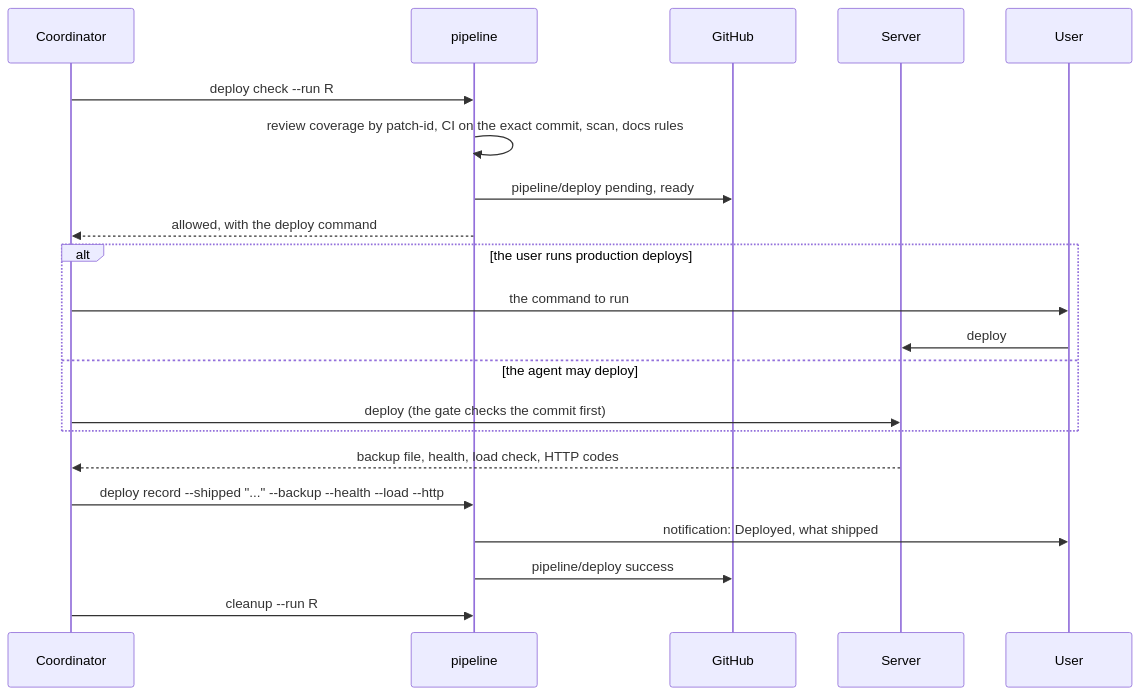
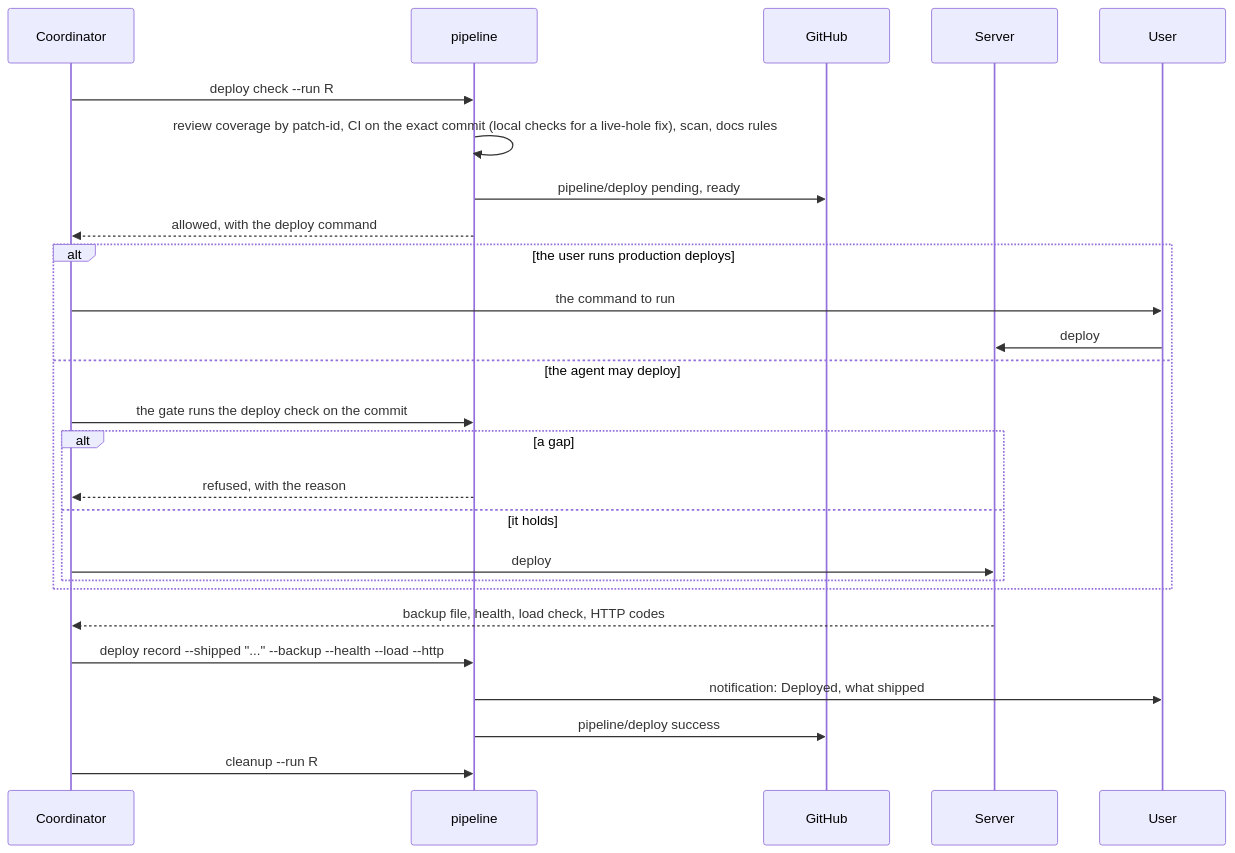
Before and after one commit to jwhitlow45/agent-pipeline: diagram 12 of 12 in docs/diagrams.md, drawn with Mermaid. The commit also changed other lines of this file and 6 other files, not shown here.

Commit message:
docs: say what the gate, ci, scan, rebase, deploy and abandon now do, where gate keys come from, and how PATH can shadow the cli

````diff
--- a/docs/diagrams.md
+++ b/docs/diagrams.md
@@ -218,23 +226,28 @@
 ```mermaid
 sequenceDiagram
     participant C as Coordinator
     participant P as pipeline
     participant G as GitHub
     participant S as Server
     participant U as User
     C->>P: deploy check --run R
-    P->>P: review coverage by patch-id, CI on the exact commit, scan, docs rules
+    P->>P: review coverage by patch-id, CI on the exact commit (local checks for a live-hole fix), scan, docs rules
     P->>G: pipeline/deploy pending, ready
     P-->>C: allowed, with the deploy command
     alt the user runs production deploys
         C->>U: the command to run
         U->>S: deploy
     else the agent may deploy
-        C->>S: deploy (the gate checks the commit first)
+        C->>P: the gate runs the deploy check on the commit
+        alt a gap
+            P-->>C: refused, with the reason
+        else it holds
+            C->>S: deploy
+        end
     end
     S-->>C: backup file, health, load check, HTTP codes
     C->>P: deploy record --shipped "..." --backup --health --load --http
     P->>U: notification: Deployed, what shipped
     P->>G: pipeline/deploy success
     C->>P: cleanup --run R
 ```
````
